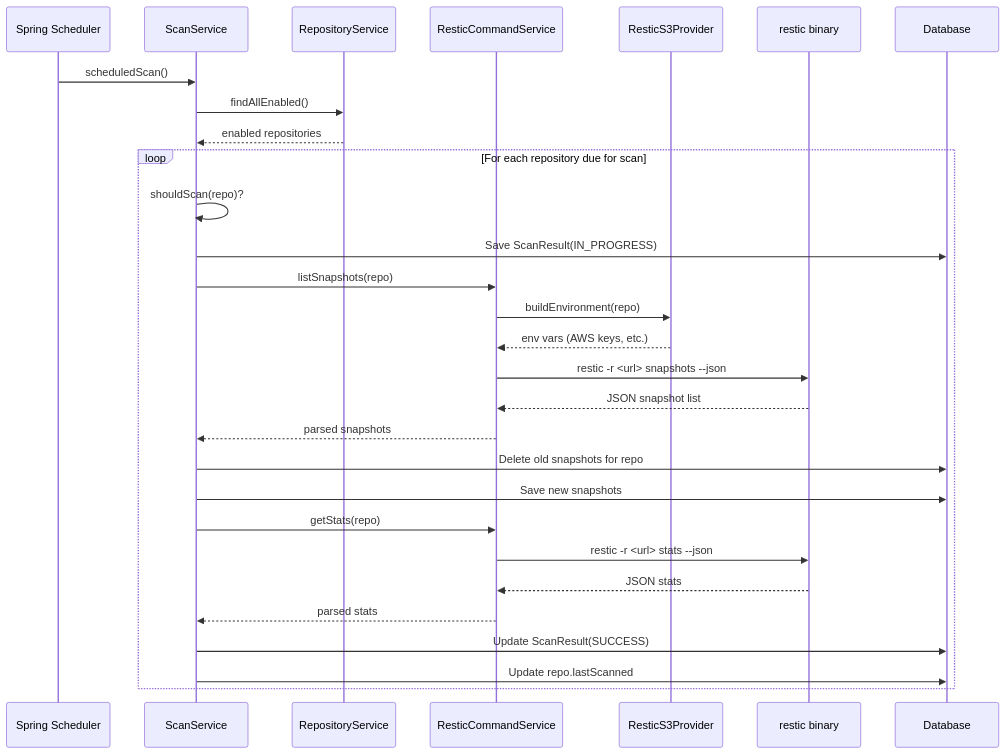
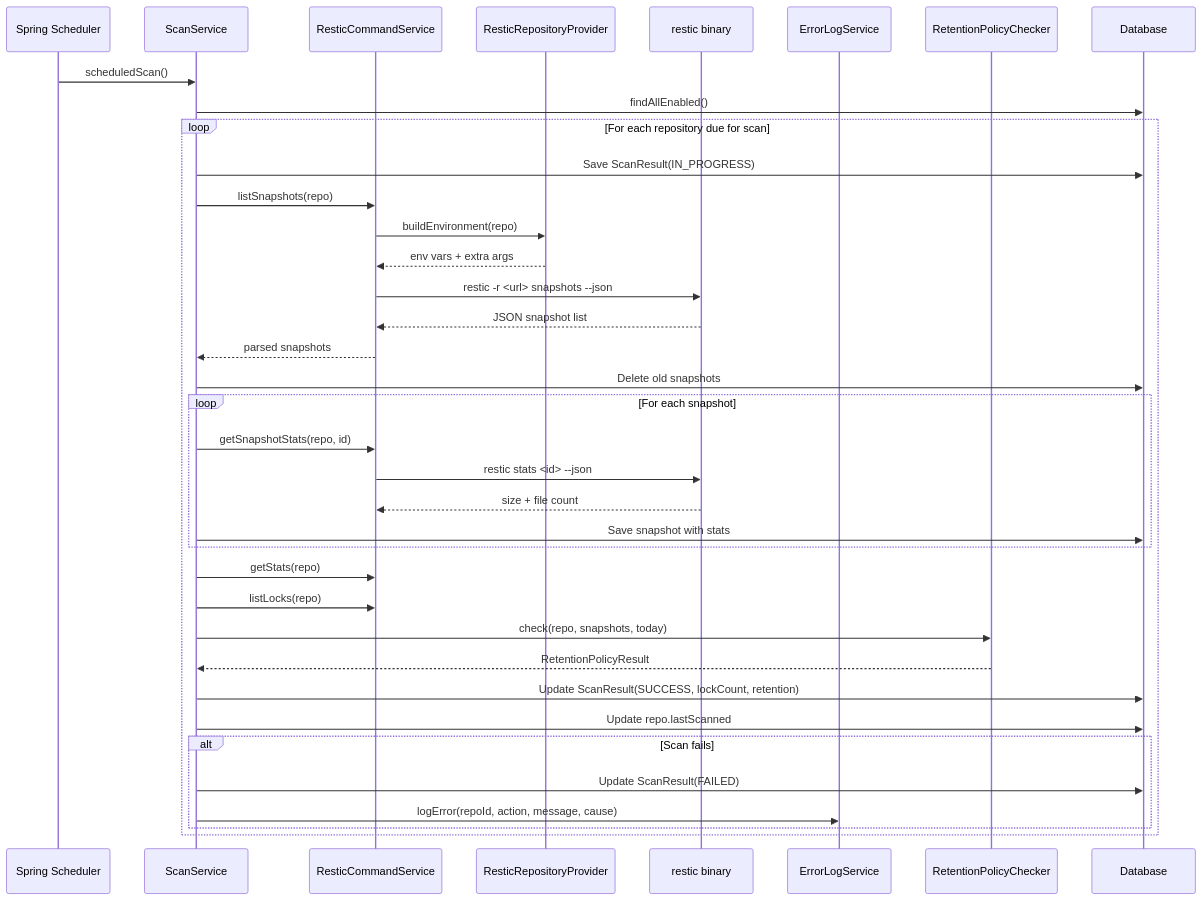
The fourth of 9 diagrams in docs/ARCHITECTURE.md (tmseidel/restic-explorer), drawn with Mermaid before and after one commit. The commit also changed other lines of this file and 2 other files, not shown here.

````diff
--- a/docs/ARCHITECTURE.md
+++ b/docs/ARCHITECTURE.md
@@ -146,36 +171,45 @@
 ```mermaid
 sequenceDiagram
     participant Scheduler as Spring Scheduler
     participant ScanService
-    participant RepoService as RepositoryService
     participant ResticCmd as ResticCommandService
-    participant S3Provider as ResticS3Provider
+    participant Provider as ResticRepositoryProvider
     participant CLI as restic binary
+    participant ErrorLog as ErrorLogService
+    participant RPC as RetentionPolicyChecker
     participant DB as Database
 
     Scheduler->>ScanService: scheduledScan()
-    ScanService->>RepoService: findAllEnabled()
-    RepoService-->>ScanService: enabled repositories
+    ScanService->>DB: findAllEnabled()
 
     loop For each repository due for scan
-        ScanService->>ScanService: shouldScan(repo)?
         ScanService->>DB: Save ScanResult(IN_PROGRESS)
         ScanService->>ResticCmd: listSnapshots(repo)
-        ResticCmd->>S3Provider: buildEnvironment(repo)
-        S3Provider-->>ResticCmd: env vars (AWS keys, etc.)
+        ResticCmd->>Provider: buildEnvironment(repo)
+        Provider-->>ResticCmd: env vars + extra args
         ResticCmd->>CLI: restic -r <url> snapshots --json
         CLI-->>ResticCmd: JSON snapshot list
         ResticCmd-->>ScanService: parsed snapshots
 
-        ScanService->>DB: Delete old snapshots for repo
-        ScanService->>DB: Save new snapshots
+        ScanService->>DB: Delete old snapshots
+        loop For each snapshot
+            ScanService->>ResticCmd: getSnapshotStats(repo, id)
+            ResticCmd->>CLI: restic stats <id> --json
+            CLI-->>ResticCmd: size + file count
+            ScanService->>DB: Save snapshot with stats
+        end
 
         ScanService->>ResticCmd: getStats(repo)
-        ResticCmd->>CLI: restic -r <url> stats --json
-        CLI-->>ResticCmd: JSON stats
-        ResticCmd-->>ScanService: parsed stats
+        ScanService->>ResticCmd: listLocks(repo)
+        ScanService->>RPC: check(repo, snapshots, today)
+        RPC-->>ScanService: RetentionPolicyResult
 
-        ScanService->>DB: Update ScanResult(SUCCESS)
+        ScanService->>DB: Update ScanResult(SUCCESS, lockCount, retention)
         ScanService->>DB: Update repo.lastScanned
+
+        alt Scan fails
+            ScanService->>DB: Update ScanResult(FAILED)
+            ScanService->>ErrorLog: logError(repoId, action, message, cause)
+        end
     end
 ```
````
